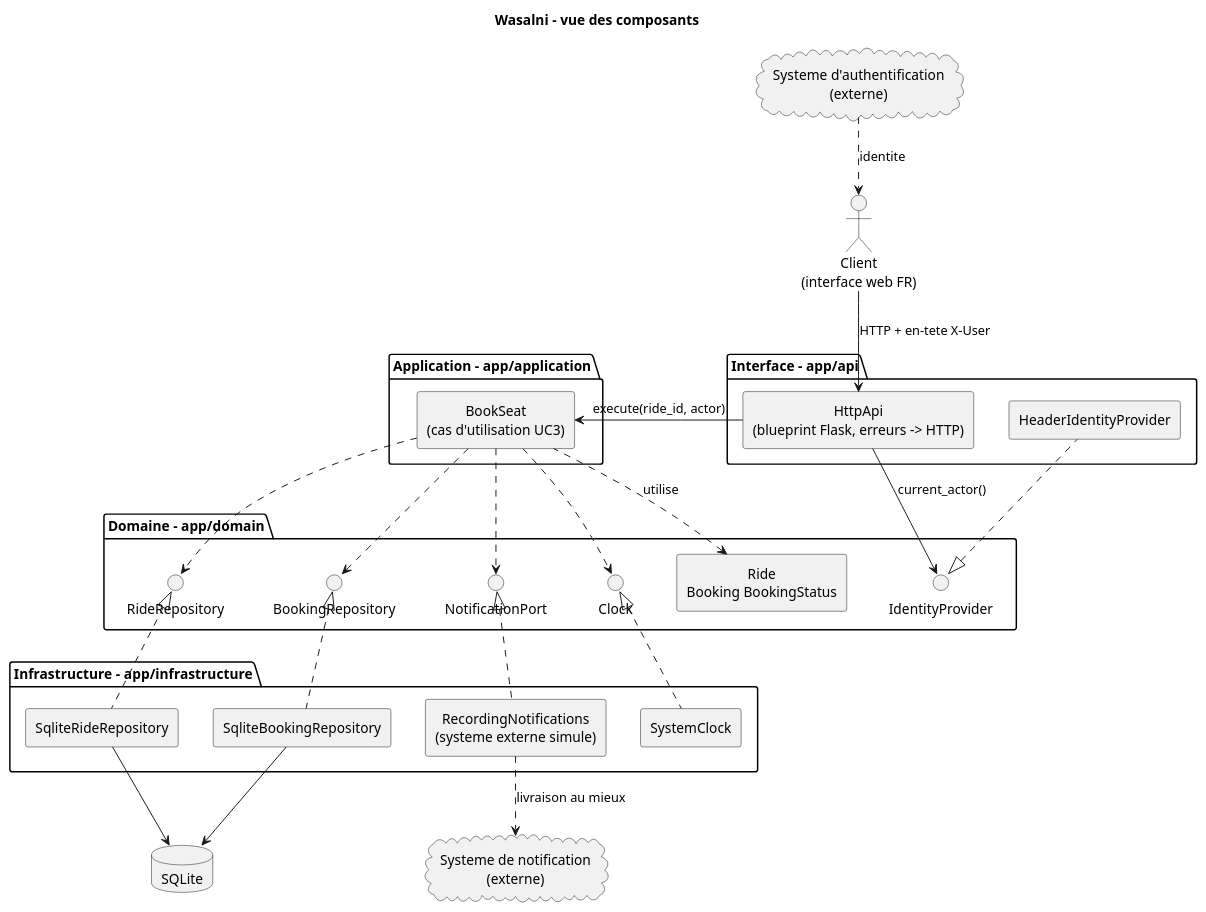
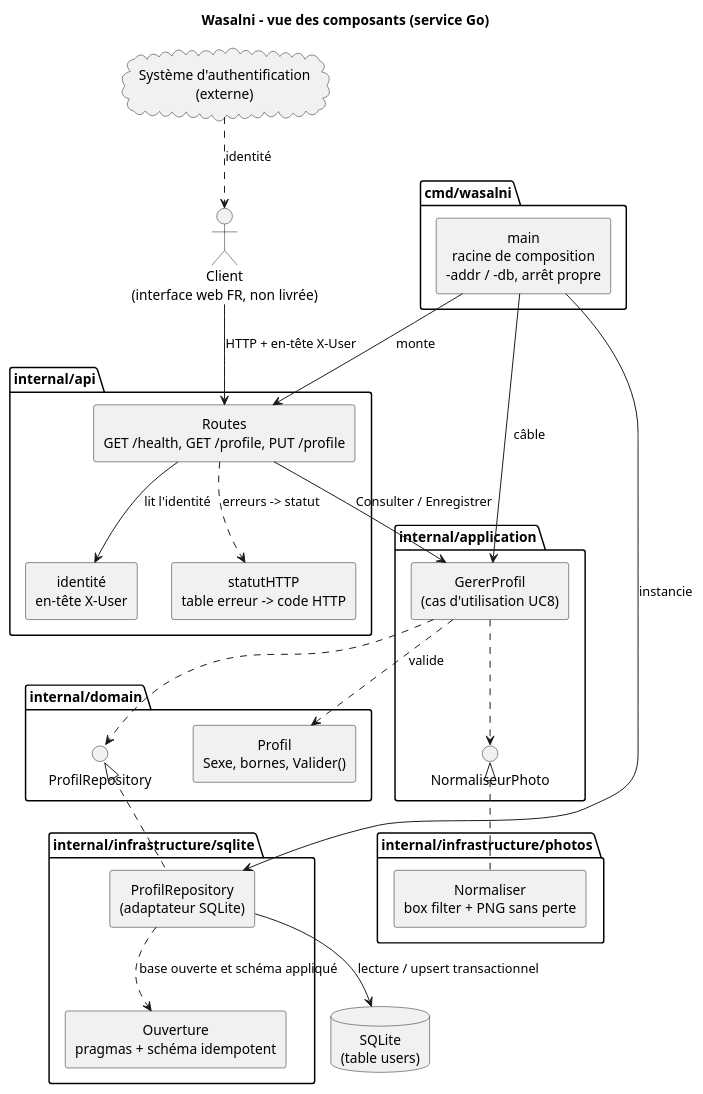
One commit to alaa-ilehi/Wasalni changed the diagram in docs/uml/architecture-components.puml. Above: the diagram before and after it, drawn with PlantUML. The commit also changed 7 other files, not shown here.

```diff
--- a/docs/uml/architecture-components.puml
+++ b/docs/uml/architecture-components.puml
@@ -1,57 +1,61 @@
 @startuml
-title Wasalni - vue des composants
+title Wasalni - vue des composants (service Go)
 
 skinparam componentStyle rectangle
 skinparam defaultTextAlignment center
 
-actor "Client\n(interface web FR)" as Client
+actor "Client\n(interface web FR, non livrée)" as Client
 
-package "Interface - app/api" {
-  [HttpApi\n(blueprint Flask, erreurs -> HTTP)] as HttpApi
-  [HeaderIdentityProvider] as HeaderIdentity
+package "cmd/wasalni" {
+  [main\nracine de composition\n-addr / -db, arrêt propre] as Main
 }
 
-package "Application - app/application" {
-  [BookSeat\n(cas d'utilisation UC3)] as BookSeat
+package "internal/api" {
+  [Routes\nGET /health, GET /profile, PUT /profile] as Routes
+  [identité\nen-tête X-User] as Identite
+  [statutHTTP\ntable erreur -> code HTTP] as Statut
 }
 
-package "Domaine - app/domain" {
-  [Ride\nBooking BookingStatus] as Entities
-  interface "RideRepository" as IRide
-  interface "BookingRepository" as IBooking
-  interface "NotificationPort" as INotif
-  interface "IdentityProvider" as IIdentity
-  interface "Clock" as IClock
+package "internal/application" {
+  [GererProfil\n(cas d'utilisation UC8)] as GererProfil
+  interface "NormaliseurPhoto" as INormaliseur
 }
 
-package "Infrastructure - app/infrastructure" {
-  [SqliteRideRepository] as SqlRide
-  [SqliteBookingRepository] as SqlBooking
-  [RecordingNotifications\n(systeme externe simule)] as Notif
-  [SystemClock] as Clock
+package "internal/domain" {
+  [Profil\nSexe, bornes, Valider()] as Profil
+  interface "ProfilRepository" as IProfil
 }
 
-database "SQLite" as DB
-cloud "Systeme de notification\n(externe)" as ExternalNotif
-cloud "Systeme d'authentification\n(externe)" as ExternalAuth
+package "internal/infrastructure/sqlite" {
+  [ProfilRepository\n(adaptateur SQLite)] as SqlProfil
+  [Ouverture\npragmas + schéma idempotent] as Ouverture
+}
 
-Client --> HttpApi : HTTP + en-tete X-User
-ExternalAuth ..> Client : identite
-HttpApi --> IIdentity : current_actor()
-HttpApi --> BookSeat : execute(ride_id, actor)
-BookSeat ..> IRide
-BookSeat ..> IBooking
-BookSeat ..> INotif
-BookSeat ..> IClock
+package "internal/infrastructure/photos" {
+  [Normaliser\nbox filter + PNG sans perte] as Photos
+}
 
-IIdentity <|.. HeaderIdentity
-IRide <|.. SqlRide
-IBooking <|.. SqlBooking
-INotif <|.. Notif
-IClock <|.. Clock
+database "SQLite\n(table users)" as DB
+cloud "Système d'authentification\n(externe)" as ExternalAuth
 
-SqlRide --> DB
-SqlBooking --> DB
-Notif ..> ExternalNotif : livraison au mieux
-Entities <.. BookSeat : utilise
+Client --> Routes : HTTP + en-tête X-User
+ExternalAuth ..> Client : identité
+
+Routes --> Identite : lit l'identité
+Routes --> GererProfil : Consulter / Enregistrer
+Routes ..> Statut : erreurs -> statut
+
+GererProfil ..> IProfil
+GererProfil ..> INormaliseur
+GererProfil ..> Profil : valide
+
+IProfil <|.. SqlProfil
+INormaliseur <|.. Photos
+
+SqlProfil --> DB : lecture / upsert transactionnel
+SqlProfil ..> Ouverture : base ouverte et schéma appliqué
+
+Main --> SqlProfil : instancie
+Main --> GererProfil : câble
+Main --> Routes : monte
 @enduml
```
